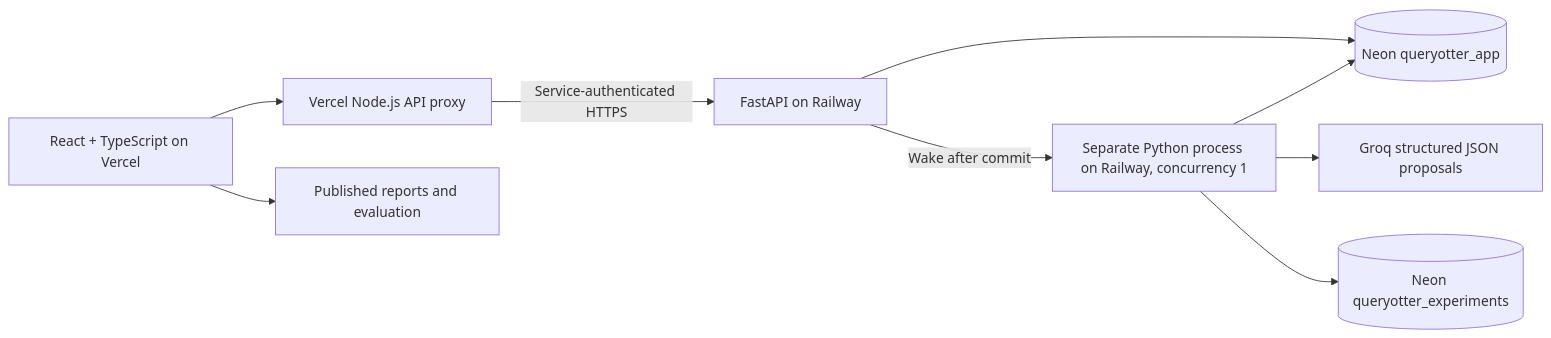
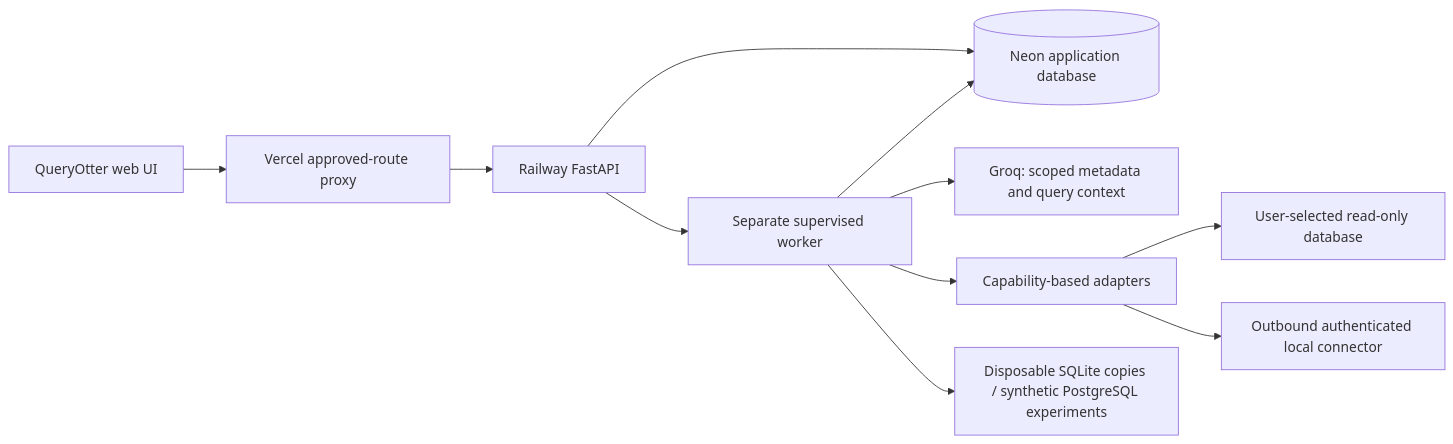
Before and after one commit to wauul/queryotter: the diagram in README.md, drawn with Mermaid. The commit also changed other lines of this file and 71 other files, not shown here.

Commit message:
Build nine-engine QueryOtter assistant with isolated workspaces and verified cloud workflows

````diff
--- a/README.md
+++ b/README.md
@@ -54,11 +70,13 @@
 ```mermaid
 flowchart LR
-  UI[React + TypeScript on Vercel] --> Edge[Vercel Node.js API proxy]
-  Edge -->|Service-authenticated HTTPS| API[FastAPI on Railway]
-  API --> Jobs[(Neon queryotter_app)]
-  API -->|Wake after commit| Worker[Separate Python process on Railway, concurrency 1]
-  Worker --> Jobs
-  Worker --> Groq[Groq structured JSON proposals]
-  Worker --> PG[(Neon queryotter_experiments)]
-  UI --> Reports[Published reports and evaluation]
+  Browser[QueryOtter web UI] --> Proxy[Vercel approved-route proxy]
+  Proxy --> API[Railway FastAPI]
+  API --> App[(Neon application database)]
+  API --> Worker[Separate supervised worker]
+  Worker --> App
+  Worker --> Groq[Groq: scoped metadata and query context]
+  Worker --> Adapter[Capability-based adapters]
+  Adapter --> DB[User-selected read-only database]
+  Adapter --> Connector[Outbound authenticated local connector]
+  Worker --> Copies[Disposable SQLite copies / synthetic PostgreSQL experiments]
 ```
````
